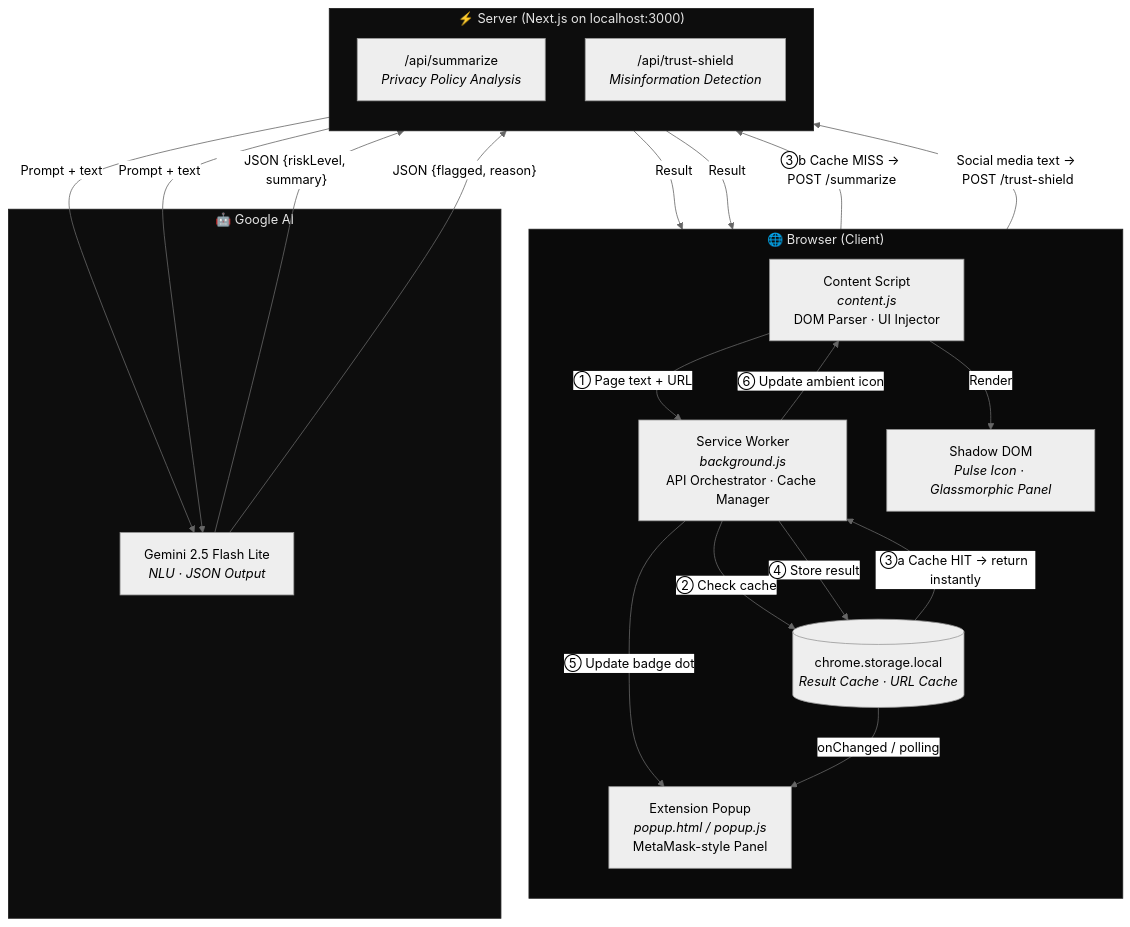
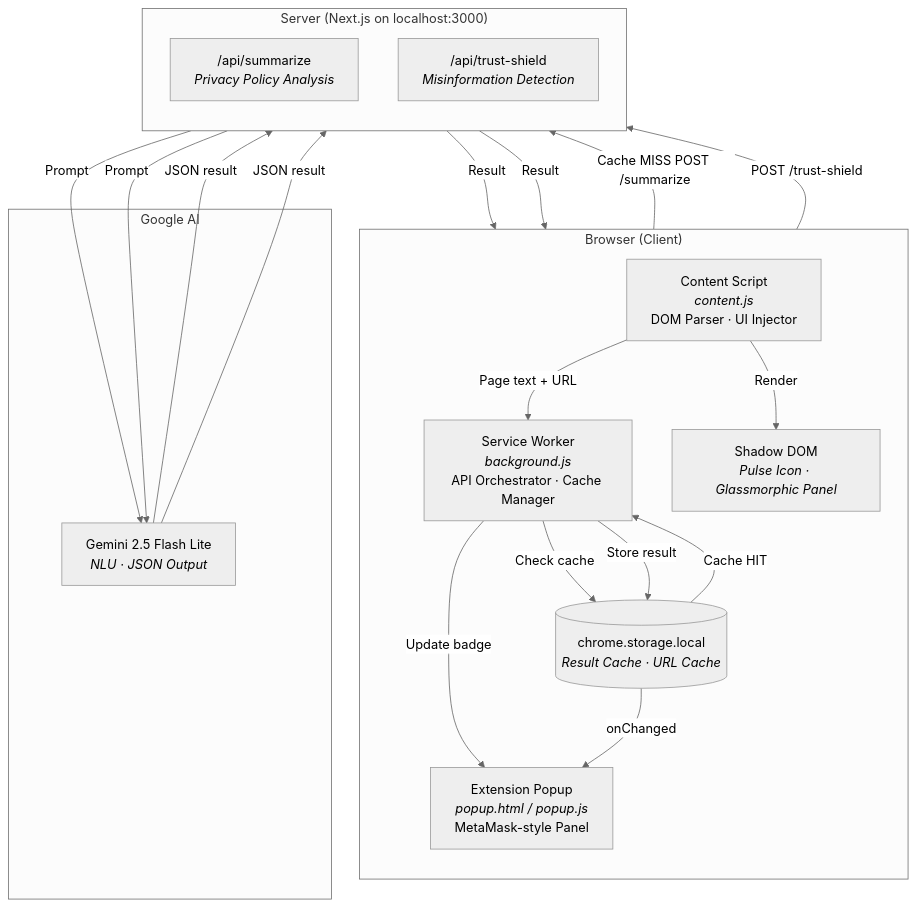
The first of 3 diagrams in README.md (abhayshaw1601/AURA), drawn with Mermaid (neutral theme) before and after one commit. The commit also changed other lines of this file and 1 other file, not shown here.

Commit message:
docs: add architecture image and fix README Mermaid diagram

````diff
--- a/README.md
+++ b/README.md
@@ -33,42 +38,37 @@
 ```mermaid
 graph TB
-    subgraph Browser["🌐 Browser (Client)"]
+    subgraph Browser["Browser (Client)"]
         direction TB
         CS["Content Script<br/><i>content.js</i><br/>DOM Parser · UI Injector"]
         BG["Service Worker<br/><i>background.js</i><br/>API Orchestrator · Cache Manager"]
         PU["Extension Popup<br/><i>popup.html / popup.js</i><br/>MetaMask-style Panel"]
         ST[("chrome.storage.local<br/><i>Result Cache · URL Cache</i>")]
         SD["Shadow DOM<br/><i>Pulse Icon · Glassmorphic Panel</i>"]
     end
 
-    subgraph Server["⚡ Server (Next.js on localhost:3000)"]
+    subgraph Server["Server (Next.js on localhost:3000)"]
         direction TB
         SR["/api/summarize<br/><i>Privacy Policy Analysis</i>"]
         TS["/api/trust-shield<br/><i>Misinformation Detection</i>"]
     end
 
-    subgraph AI["🤖 Google AI"]
+    subgraph AI["Google AI"]
         GM["Gemini 2.5 Flash Lite<br/><i>NLU · JSON Output</i>"]
     end
 
-    CS -->|"① Page text + URL"| BG
-    BG -->|"② Check cache"| ST
-    ST -->|"③a Cache HIT → return instantly"| BG
-    BG -->|"③b Cache MISS → POST /summarize"| SR
-    BG -->|"Social media text → POST /trust-shield"| TS
-    SR -->|"Prompt + text"| GM
-    TS -->|"Prompt + text"| GM
-    GM -->|"JSON {riskLevel, summary}"| SR
-    GM -->|"JSON {flagged, reason}"| TS
+    CS -->|"Page text + URL"| BG
+    BG -->|"Check cache"| ST
+    ST -->|"Cache HIT"| BG
+    BG -->|"Cache MISS POST /summarize"| SR
+    BG -->|"POST /trust-shield"| TS
+    SR -->|"Prompt"| GM
+    TS -->|"Prompt"| GM
+    GM -->|"JSON result"| SR
+    GM -->|"JSON result"| TS
     SR -->|"Result"| BG
     TS -->|"Result"| BG
-    BG -->|"④ Store result"| ST
-    BG -->|"⑤ Update badge dot"| PU
-    BG -->|"⑥ Update ambient icon"| CS
+    BG -->|"Store result"| ST
+    BG -->|"Update badge"| PU
     CS -->|"Render"| SD
-    ST -->|"onChanged / polling"| PU
-
-    style Browser fill:#0a0a0a,stroke:#1f1f1f,color:#e5e5e5
-    style Server fill:#0d0d0d,stroke:#1f1f1f,color:#e5e5e5
-    style AI fill:#0d0d0d,stroke:#1f1f1f,color:#e5e5e5
+    ST -->|"onChanged"| PU
 ```
````
